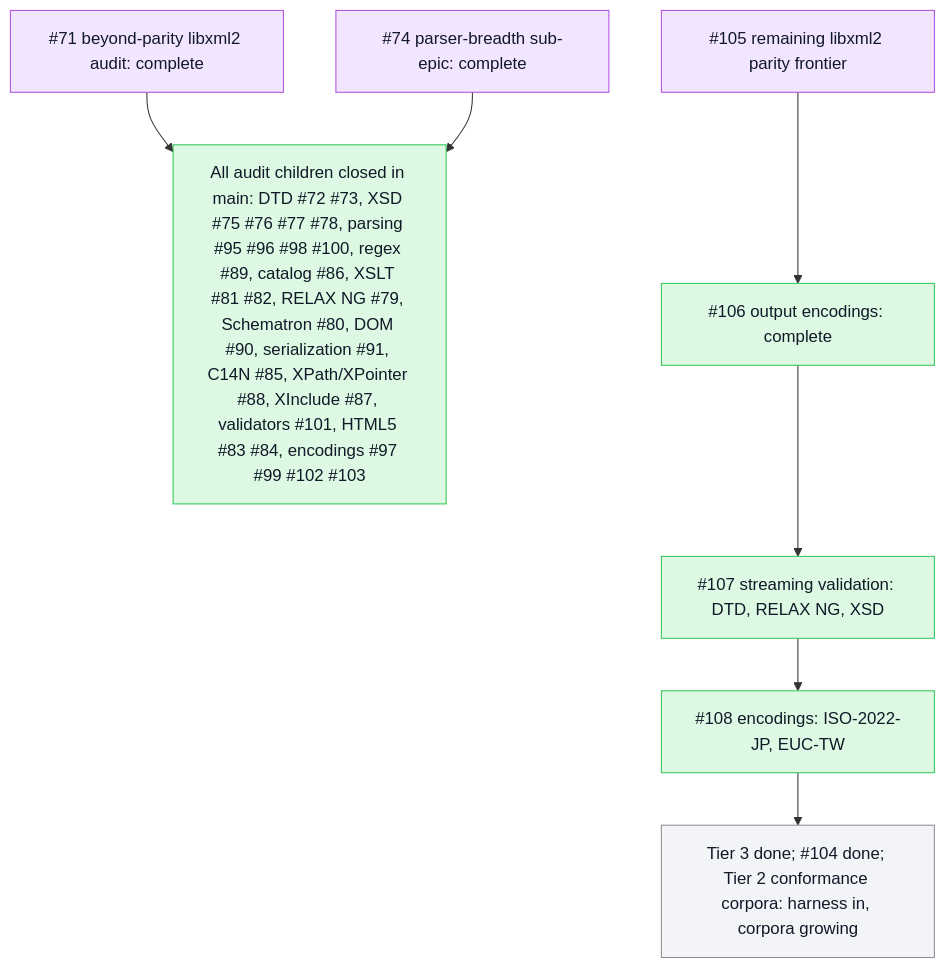
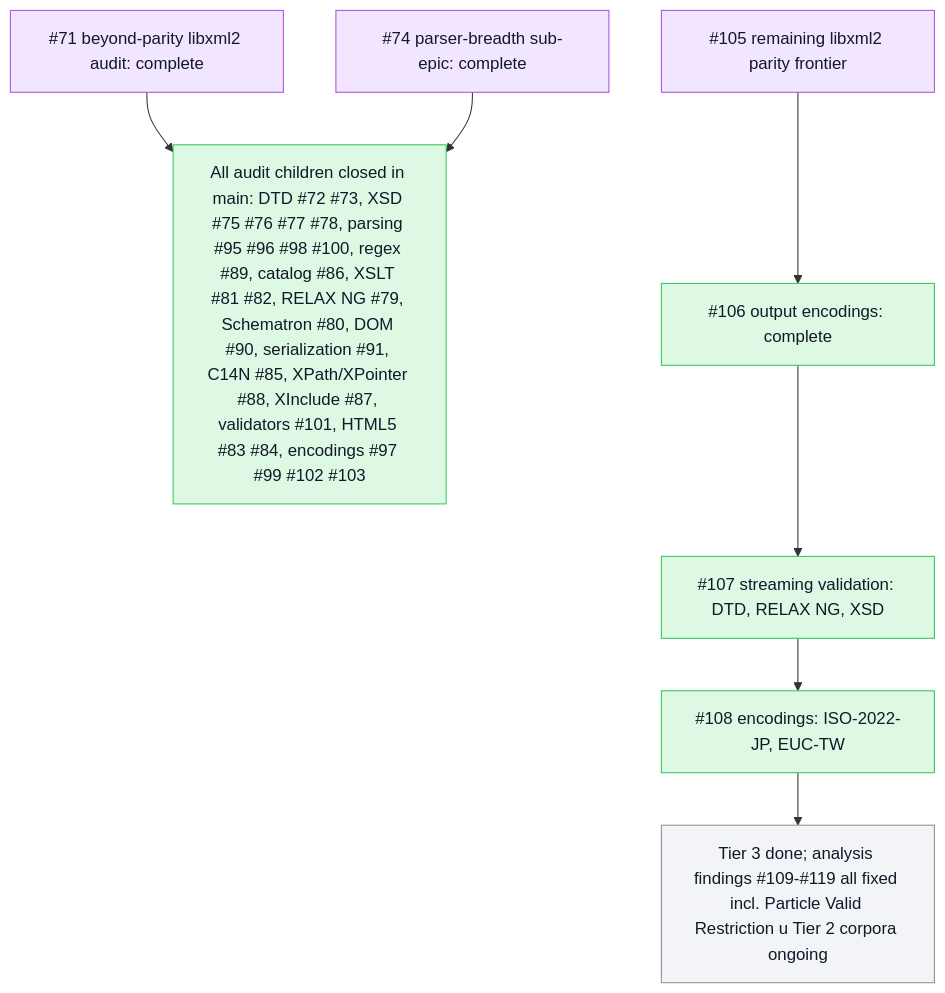
Before and after one commit to mihaelamj/PureXML: the second of 2 diagrams in README.md, drawn with Mermaid.

Commit message:
docs(roadmap): analysis findings all closed; Particle Valid (Restriction) shipped

````diff
--- a/README.md
+++ b/README.md
@@ -76,21 +76,21 @@
 ```mermaid
 flowchart TB
   classDef done fill:#ddf9e4,stroke:#34c759,color:#111827
   classDef review fill:#fff7d6,stroke:#ffcc00,color:#111827
   classDef epic fill:#f2e5ff,stroke:#af52de,color:#111827
   classDef todo fill:#f2f4f7,stroke:#8e8e93,color:#111827
   Epic71["#71 beyond-parity libxml2 audit: complete"]:::epic
   Epic74["#74 parser-breadth sub-epic: complete"]:::epic
   Done["All audit children closed in main: DTD #72 #73, XSD #75 #76 #77 #78, parsing #95 #96 #98 #100, regex #89, catalog #86, XSLT #81 #82, RELAX NG #79, Schematron #80, DOM #90, serialization #91, C14N #85, XPath/XPointer #88, XInclude #87, validators #101, HTML5 #83 #84, encodings #97 #99 #102 #103"]:::done
   Epic71 --> Done
   Epic74 --> Done
   Epic105["#105 remaining libxml2 parity frontier"]:::epic
   OutEnc["#106 output encodings: complete"]:::done
   StreamVal["#107 streaming validation: DTD, RELAX NG, XSD"]:::done
   MoreEnc["#108 encodings: ISO-2022-JP, EUC-TW"]:::done
-  Depth["Tier 3 done; #104 done; Tier 2 conformance corpora: harness in, corpora growing"]:::todo
+  Depth["Tier 3 done; analysis findings #109-#119 all fixed incl. Particle Valid Restriction #117; Tier 2 corpora ongoing"]:::todo
   Epic105 --> OutEnc
   OutEnc --> StreamVal
   StreamVal --> MoreEnc
   MoreEnc --> Depth
 ```
````
